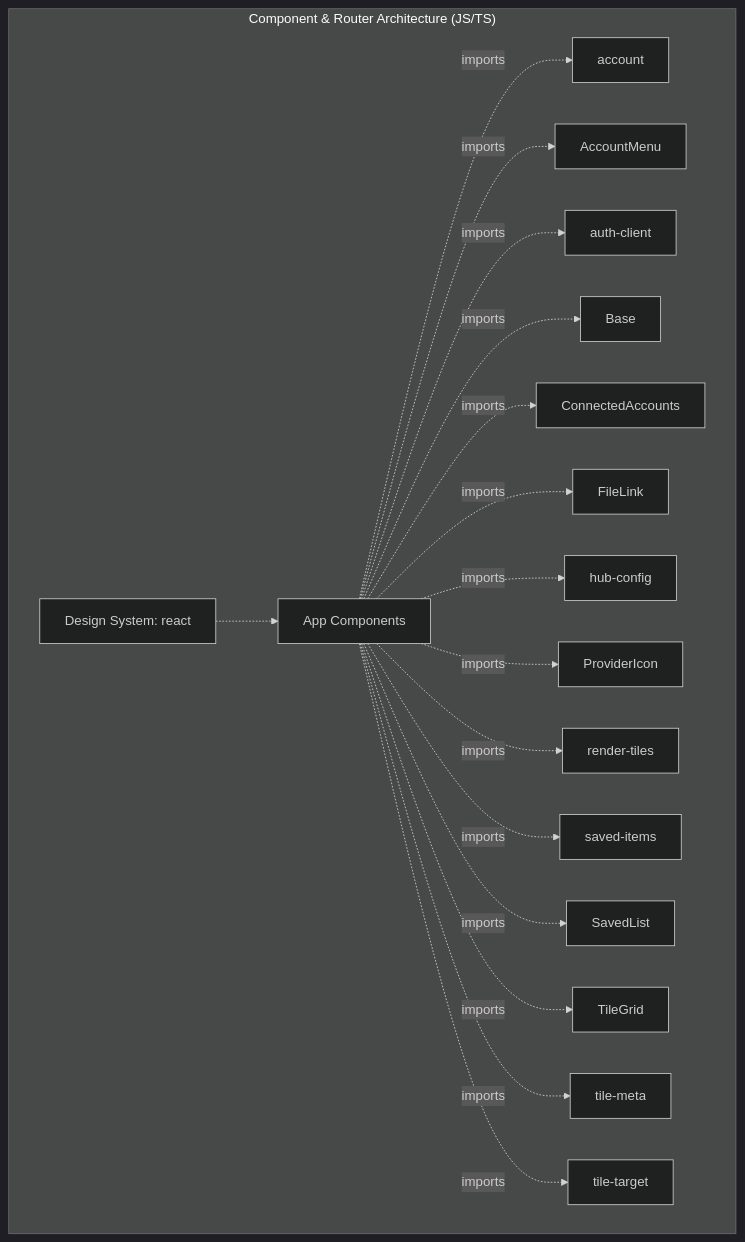
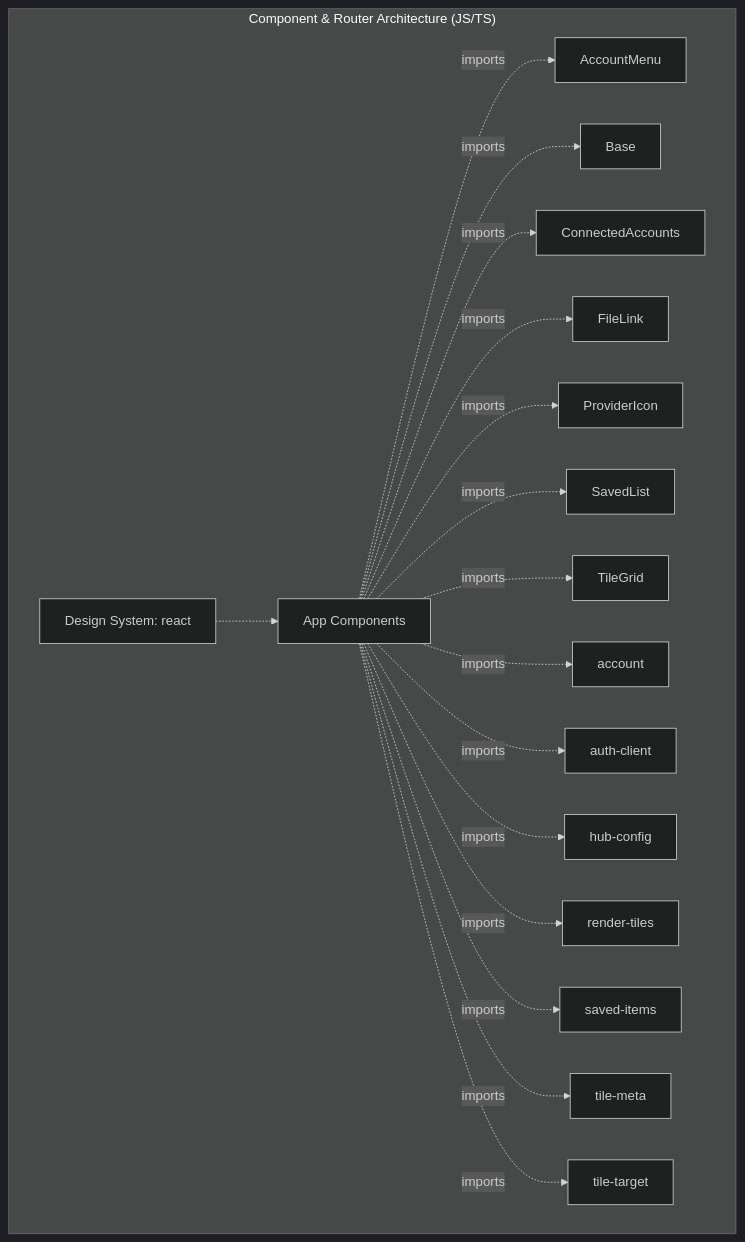
One commit to gokulsaraswat/gokulmobilize changed the diagram in .project-architecture.md. Above: the diagram before and after it, drawn with Mermaid (dark theme). The commit also changed other lines of this file and 4 other files, not shown here.

````diff
--- a/.project-architecture.md
+++ b/.project-architecture.md
@@ -5,21 +5,21 @@
 ```mermaid
 graph TD
     subgraph FrontendLayer["Component & Router Architecture (JS/TS)"]
     App_Components["App Components"]
     UI_Stack["Design System: react"] -.-> App_Components
-    App_Components -.->|imports| account["account"]
     App_Components -.->|imports| AccountMenu["AccountMenu"]
-    App_Components -.->|imports| auth_client["auth-client"]
     App_Components -.->|imports| Base["Base"]
     App_Components -.->|imports| ConnectedAccounts["ConnectedAccounts"]
     App_Components -.->|imports| FileLink["FileLink"]
+    App_Components -.->|imports| ProviderIcon["ProviderIcon"]
+    App_Components -.->|imports| SavedList["SavedList"]
+    App_Components -.->|imports| TileGrid["TileGrid"]
+    App_Components -.->|imports| account["account"]
+    App_Components -.->|imports| auth_client["auth-client"]
     App_Components -.->|imports| hub_config["hub-config"]
-    App_Components -.->|imports| ProviderIcon["ProviderIcon"]
     App_Components -.->|imports| render_tiles["render-tiles"]
     App_Components -.->|imports| saved_items["saved-items"]
-    App_Components -.->|imports| SavedList["SavedList"]
-    App_Components -.->|imports| TileGrid["TileGrid"]
     App_Components -.->|imports| tile_meta["tile-meta"]
     App_Components -.->|imports| tile_target["tile-target"]
     end
 ```
````
